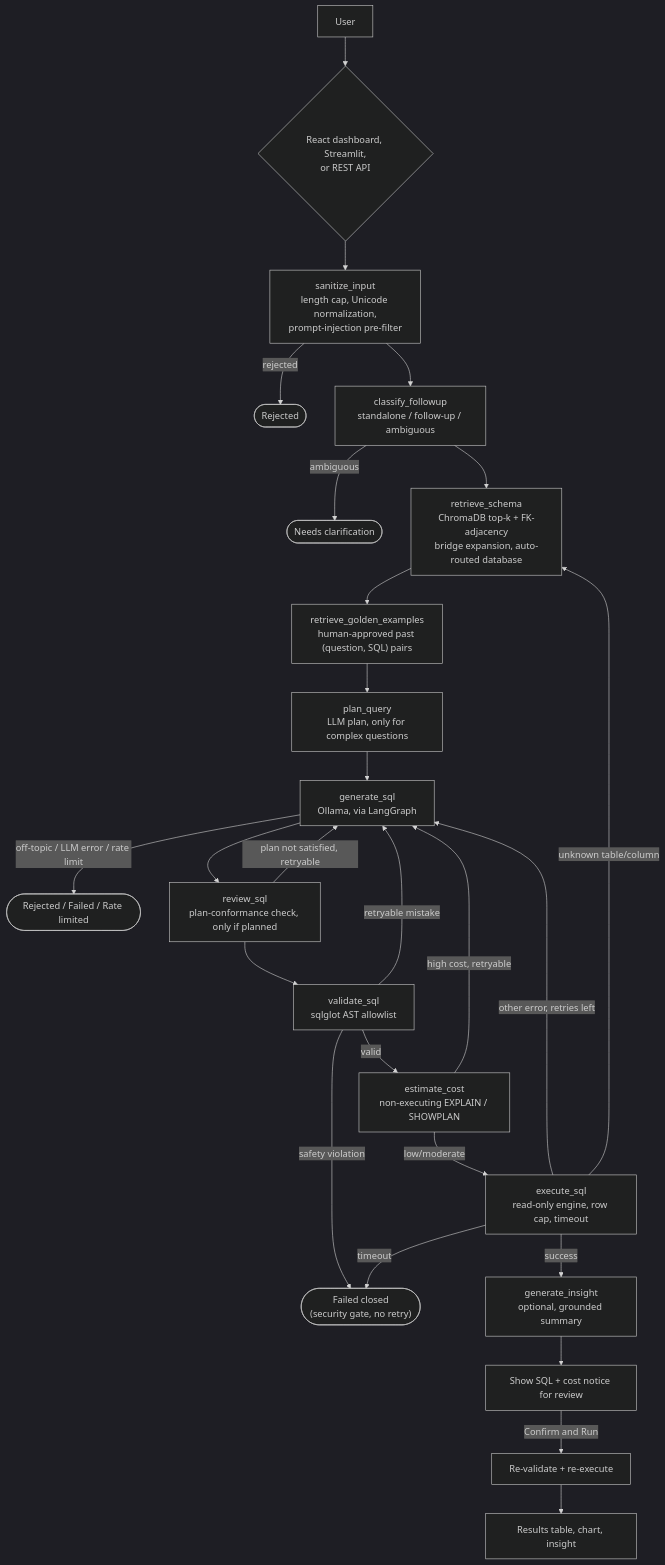
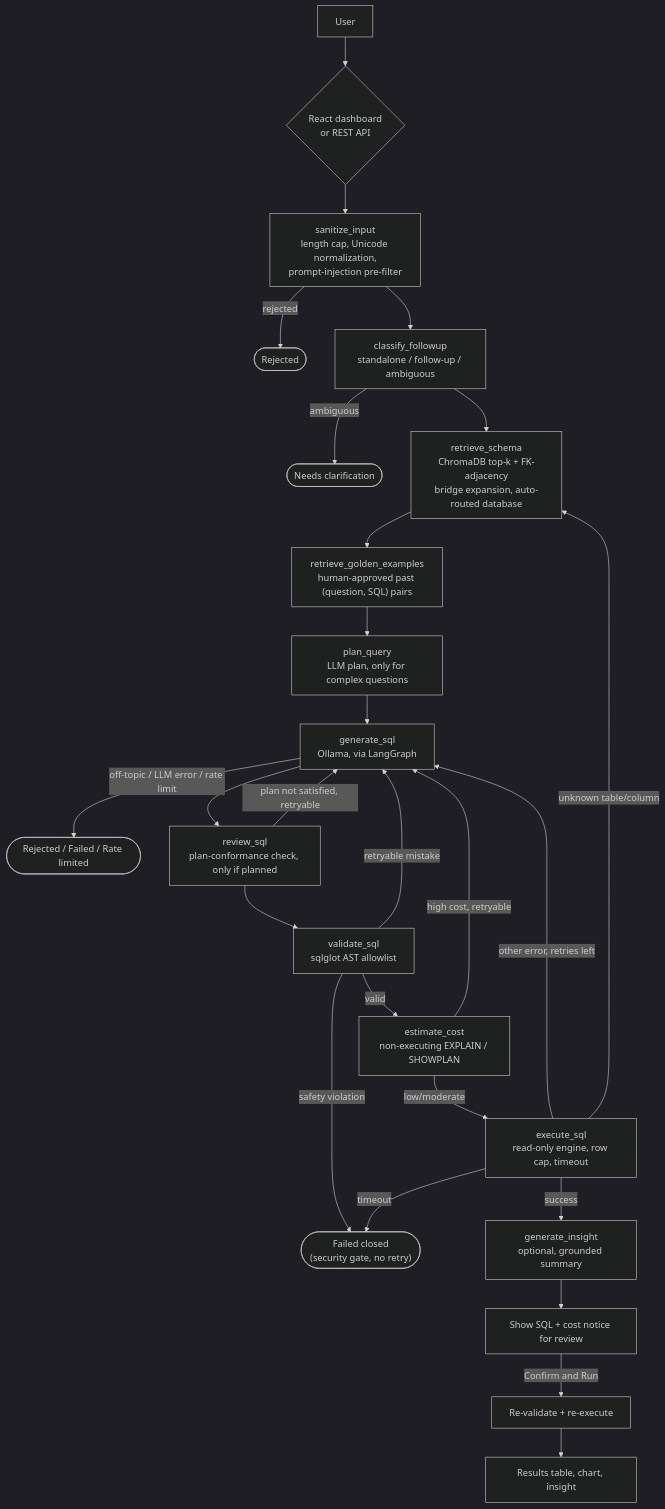
The diagram in README.md (surajkumarnavodya/text-to-sql-agent-langgraph), drawn with Mermaid (dark theme) before and after one commit. The commit also changed other lines of this file and 15 other files, not shown here.

````diff
--- a/README.md
+++ b/README.md
@@ -156,28 +170,28 @@
 ```mermaid
 flowchart TD
-    U[User] --> ENTRY{"React dashboard, Streamlit,<br/>or REST API"}
+    U[User] --> ENTRY{"React dashboard<br/>or REST API"}
     ENTRY --> SI["sanitize_input<br/>length cap, Unicode normalization,<br/>prompt-injection pre-filter"]
     SI -->|rejected| STOP1(["Rejected"])
     SI --> CF["classify_followup<br/>standalone / follow-up / ambiguous"]
     CF -->|ambiguous| STOP2(["Needs clarification"])
     CF --> RS["retrieve_schema<br/>ChromaDB top-k + FK-adjacency<br/>bridge expansion, auto-routed database"]
     RS --> RGE["retrieve_golden_examples<br/>human-approved past (question, SQL) pairs"]
     RGE --> PQ["plan_query<br/>LLM plan, only for complex questions"]
     PQ --> GS["generate_sql<br/>Ollama, via LangGraph"]
     GS -->|off-topic / LLM error / rate limit| STOP3(["Rejected / Failed / Rate limited"])
     GS --> RV["review_sql<br/>plan-conformance check, only if planned"]
     RV -->|plan not satisfied, retryable| GS
     RV --> VS["validate_sql<br/>sqlglot AST allowlist"]
     VS -->|retryable mistake| GS
     VS -->|safety violation| STOP4(["Failed closed<br/>(security gate, no retry)"])
     VS -->|valid| CE["estimate_cost<br/>non-executing EXPLAIN / SHOWPLAN"]
     CE -->|high cost, retryable| GS
     CE -->|low/moderate| ES["execute_sql<br/>read-only engine, row cap, timeout"]
     ES -->|unknown table/column| RS
     ES -->|other error, retries left| GS
     ES -->|timeout| STOP4
     ES -->|success| GI["generate_insight<br/>optional, grounded summary"]
     GI --> REVIEW["Show SQL + cost notice for review"]
     REVIEW -->|Confirm and Run| RUN[Re-validate + re-execute]
     RUN --> RESULTS[Results table, chart, insight]
 ```
````
